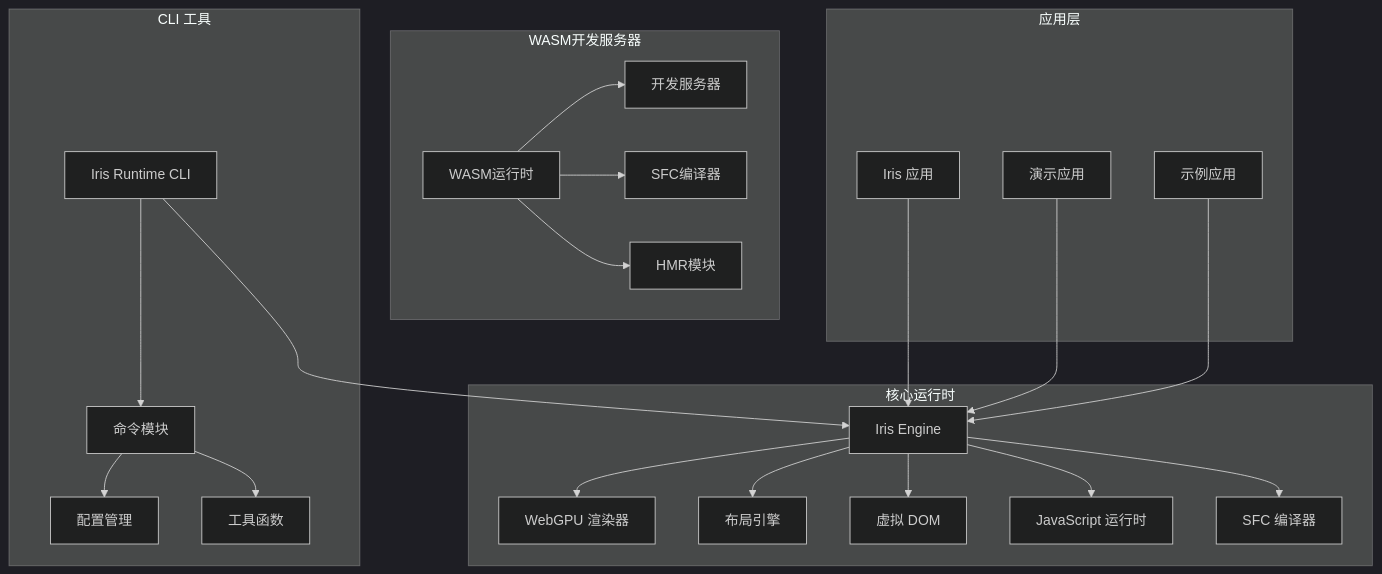
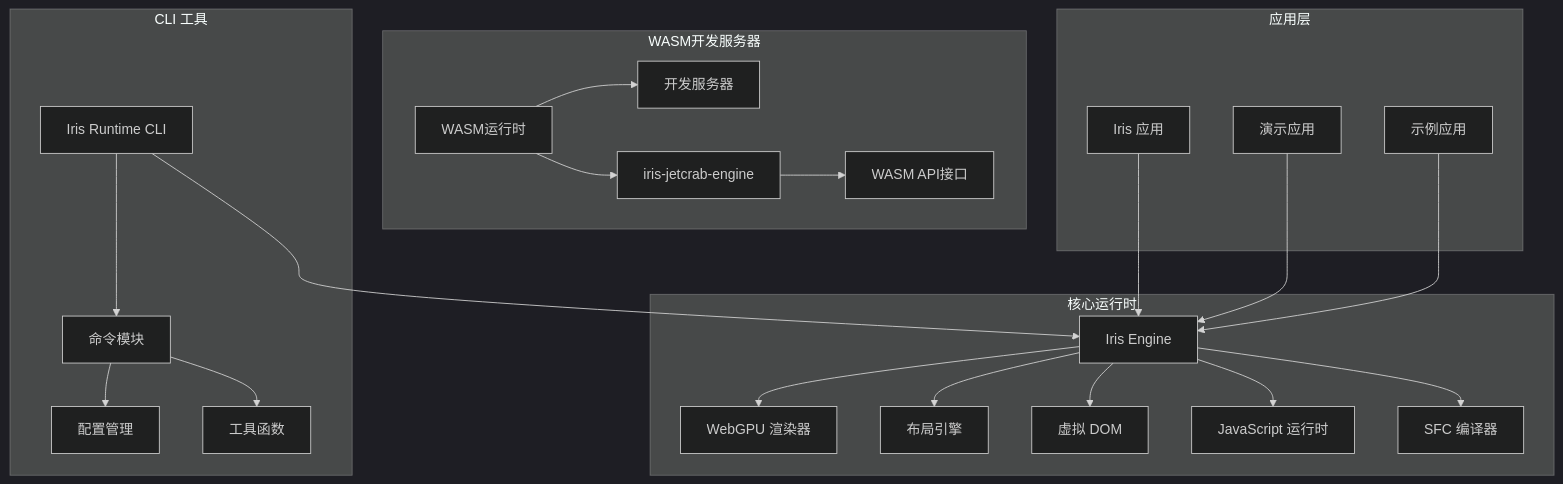
The first of 13 diagrams in .qoder/repowiki/zh/content/核心功能特性/工程化与商业化能力/测试框架与基础设施/Iris Runtime CLI工具.md (itszzl-sudo/iris), drawn with Mermaid (dark theme) before and after one commit. The commit also changed other lines of this file and 11 other files, not shown here.

First line of the commit message:
feat: 实现 iris-jetcrab-engine WASM 导出接口

````diff
--- a/.qoder/repowiki/zh/content/核心功能特性/工程化与商业化能力/测试框架与基础设施/Iris Runtime CLI工具.md
+++ b/.qoder/repowiki/zh/content/核心功能特性/工程化与商业化能力/测试框架与基础设施/Iris Runtime CLI工具.md
@@ -72,43 +76,43 @@
 ```mermaid
 graph TB
 subgraph "CLI 工具"
 CLI[Iris Runtime CLI]
 Commands[命令模块]
 Config[配置管理]
 Utils[工具函数]
 end
 subgraph "核心运行时"
 Engine[Iris Engine]
 GPU[WebGPU 渲染器]
 Layout[布局引擎]
 DOM[虚拟 DOM]
 JS[JavaScript 运行时]
 SFC[SFC 编译器]
 end
 subgraph "WASM开发服务器"
 WASMRuntime[WASM运行时]
 DevServer[开发服务器]
-Compiler[SFC编译器]
-HMR[HMR模块]
+JetCrabEngine[iris-jetcrab-engine]
+WASMAPI[WASM API接口]
 end
 subgraph "应用层"
 App[Iris 应用]
 Demo[演示应用]
 Examples[示例应用]
 end
 CLI --> Commands
 Commands --> Config
 Commands --> Utils
 CLI --> Engine
 Engine --> GPU
 Engine --> Layout
 Engine --> DOM
 Engine --> JS
 Engine --> SFC
 WASMRuntime --> DevServer
-WASMRuntime --> Compiler
-WASMRuntime --> HMR
+WASMRuntime --> JetCrabEngine
+JetCrabEngine --> WASMAPI
 App --> Engine
 Demo --> Engine
 Examples --> Engine
 ```
````
